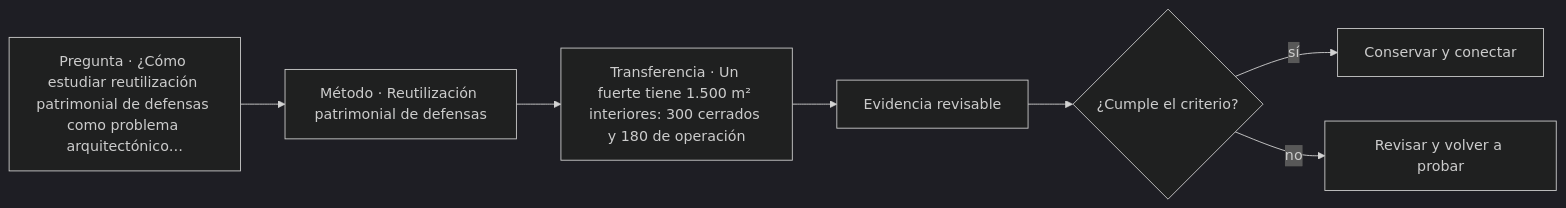
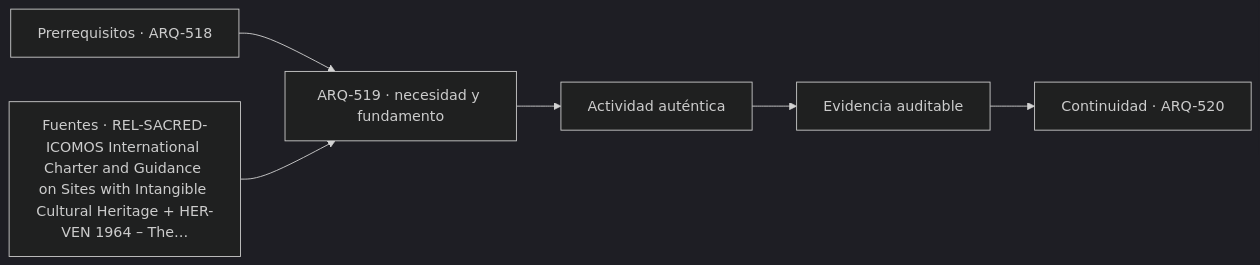
Before and after one commit to vladimiracunadev-create/architecture-built-environment-learning-program: the diagram in classes/parte-52/ARQ-519.md, drawn with Mermaid (dark theme). The commit also changed other lines of this file and 761 other files, not shown here.

````diff
--- a/classes/parte-52/ARQ-519.md
+++ b/classes/parte-52/ARQ-519.md
@@ -81,9 +93,8 @@
 ```mermaid
 flowchart LR
-    Q["Pregunta · ¿Cómo estudiar reutilización patrimonial de defensas como problema arquitectónico…"] --> M["Método · Reutilización patrimonial de defensas"]
-    M --> P["Transferencia · Un fuerte tiene 1.500 m² interiores: 300 cerrados y 180 de operación"]
-    P --> E["Evidencia revisable"]
-    E --> C{"¿Cumple el criterio?"}
-    C -->|sí| T["Conservar y conectar"]
-    C -->|no| R["Revisar y volver a probar"]
+    A["Prerrequisitos · ARQ-518"] --> B["ARQ-519 · necesidad y fundamento"]
+    S["Fuentes · REL-SACRED-ICOMOS International Charter and Guidance on Sites with Intangible Cultural Heritage + HER-VEN 1964 – The…"] --> B
+    B --> C["Actividad auténtica"]
+    C --> D["Evidencia auditable"]
+    D --> E["Continuidad · ARQ-520"]
 ```
````
